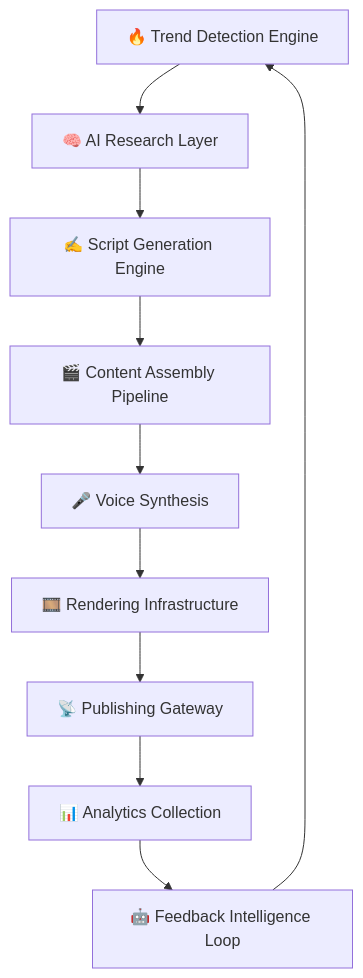
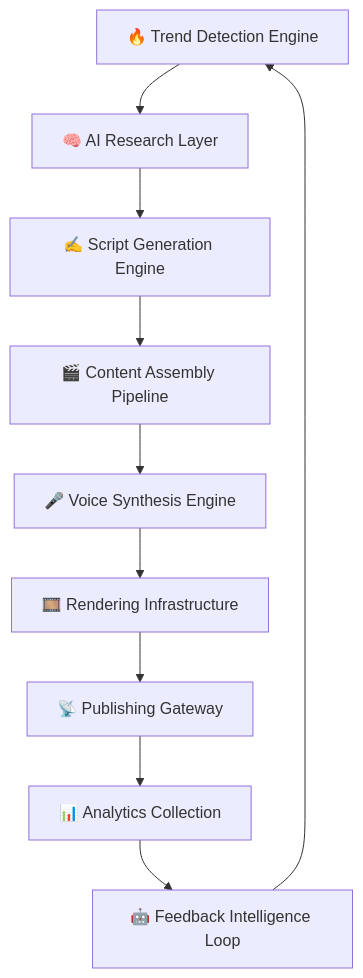
One commit to HrshJha/Matiks-Content changed the diagram in README.md. Above: the diagram before and after it, drawn with Mermaid. The commit also changed other lines of this file, not shown here.

````diff
--- a/README.md
+++ b/README.md
@@ -141,22 +177,22 @@
 ```mermaid
 graph TD
 
 A[🔥 Trend Detection Engine]
 --> B[🧠 AI Research Layer]
 
 B --> C[✍️ Script Generation Engine]
 
 C --> D[🎬 Content Assembly Pipeline]
 
-D --> E[🎤 Voice Synthesis]
+D --> E[🎤 Voice Synthesis Engine]
 
 E --> F[🎞️ Rendering Infrastructure]
 
 F --> G[📡 Publishing Gateway]
 
 G --> H[📊 Analytics Collection]
 
 H --> I[🤖 Feedback Intelligence Loop]
 
 I --> A
 ```
````
